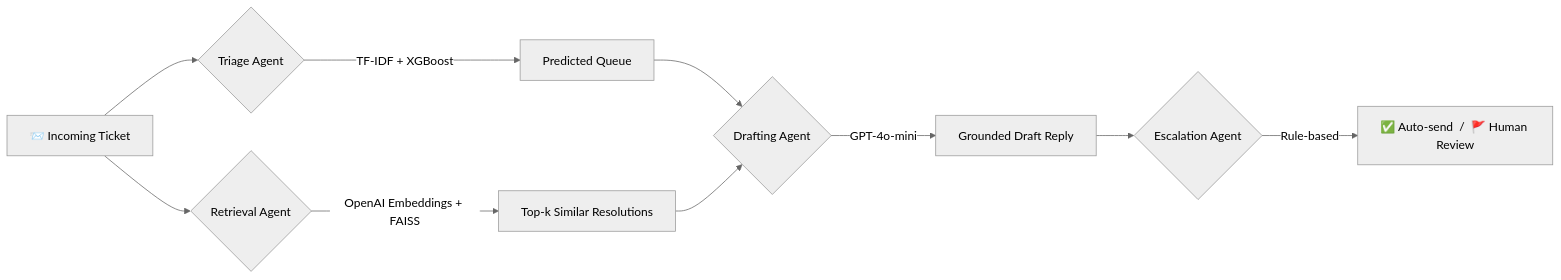
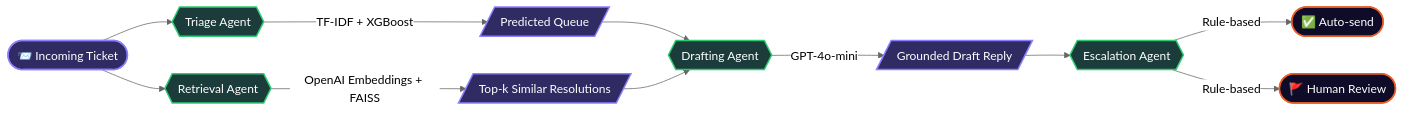
The diagram in README.md (Jenil05-web/AI-Ops), drawn with Mermaid (neutral theme) before and after one commit. The commit also changed other lines of this file, not shown here.

````diff
--- a/README.md
+++ b/README.md
@@ -78,12 +82,20 @@
 ```mermaid
 flowchart LR
-    T[📨 Incoming Ticket] --> TR{Triage Agent}
-    TR -->|TF-IDF + XGBoost| Q[Predicted Queue]
-    T --> RT{Retrieval Agent}
-    RT -->|OpenAI Embeddings + FAISS| CTX[Top-k Similar Resolutions]
-    Q --> DR{Drafting Agent}
+    T([📨 Incoming Ticket]) --> TR{{Triage Agent}}
+    TR -->|TF-IDF + XGBoost| Q[/Predicted Queue/]
+    T --> RT{{Retrieval Agent}}
+    RT -->|OpenAI Embeddings + FAISS| CTX[/Top-k Similar Resolutions/]
+    Q --> DR{{Drafting Agent}}
     CTX --> DR
-    DR -->|GPT-4o-mini| RESP[Grounded Draft Reply]
-    RESP --> ES{Escalation Agent}
-    ES -->|Rule-based| OUT[✅ Auto-send  /  🚩 Human Review]
+    DR -->|GPT-4o-mini| RESP[/Grounded Draft Reply/]
+    RESP --> ES{{Escalation Agent}}
+    ES -->|Rule-based| OUT1([✅ Auto-send])
+    ES -->|Rule-based| OUT2([🚩 Human Review])
+
+    classDef ticket fill:#302B63,stroke:#8A7FFF,color:#fff,stroke-width:2px
+    classDef agent fill:#1C3C3C,stroke:#2ECC71,color:#fff,stroke-width:2px
+    classDef out fill:#0F0C29,stroke:#EB5E28,color:#fff,stroke-width:2px
+    class T,Q,CTX,RESP ticket
+    class TR,RT,DR,ES agent
+    class OUT1,OUT2 out
 ```
````
